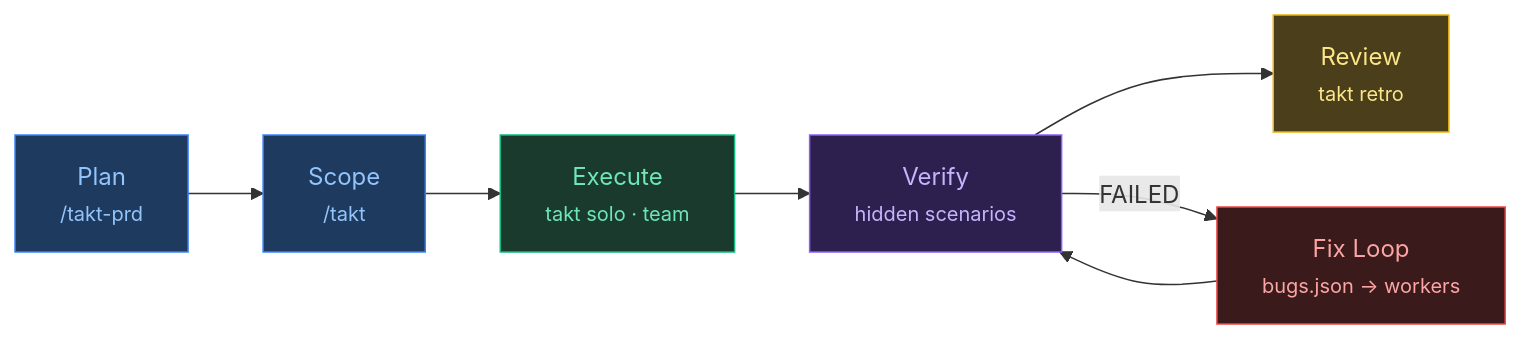
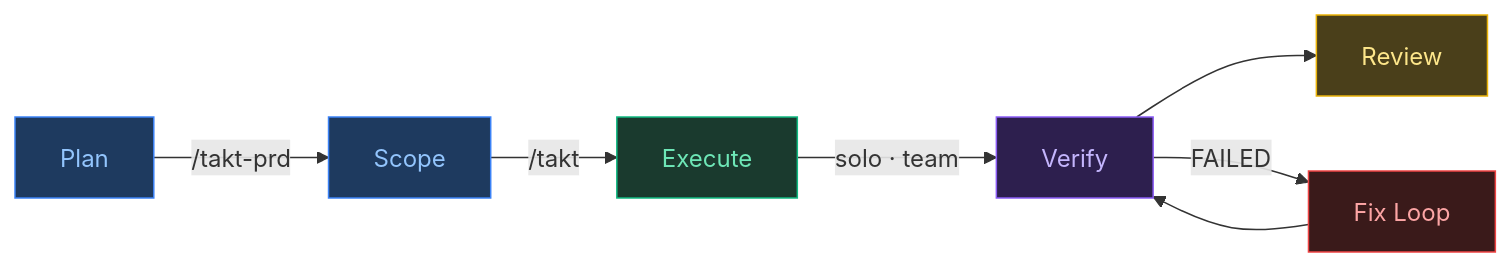
Before and after one commit to Sebstrdigital/takt: the first of 4 diagrams in README.md, drawn with Mermaid. The commit also changed other lines of this file, not shown here.

First line of the commit message:
fix: shorten mermaid node labels for GitHub rendering

````diff
--- a/README.md
+++ b/README.md
@@ -22,16 +22,16 @@
 ```mermaid
 graph LR
-    A["Plan<br/><small>/takt-prd</small>"] --> B["Scope<br/><small>/takt</small>"]
-    B --> C["Execute<br/><small>takt solo · team</small>"]
-    C --> D["Verify<br/><small>hidden scenarios</small>"]
-    D --> E["Review<br/><small>takt retro</small>"]
-    D -- "FAILED" --> F["Fix Loop<br/><small>bugs.json → workers</small>"]
+    A["Plan"] -- "/takt-prd" --> B["Scope"]
+    B -- "/takt" --> C["Execute"]
+    C -- "solo · team" --> D["Verify"]
+    D --> E["Review"]
+    D -- "FAILED" --> F["Fix Loop"]
     F --> D
 
     style A fill:#1e3a5f,stroke:#3b82f6,color:#93c5fd
     style B fill:#1e3a5f,stroke:#3b82f6,color:#93c5fd
     style C fill:#1a3a2e,stroke:#10b981,color:#6ee7b7
     style D fill:#2d1f4e,stroke:#8b5cf6,color:#c4b5fd
     style E fill:#4a3f1a,stroke:#eab308,color:#fde68a
     style F fill:#3a1a1a,stroke:#ef4444,color:#fca5a5
 ```
````
